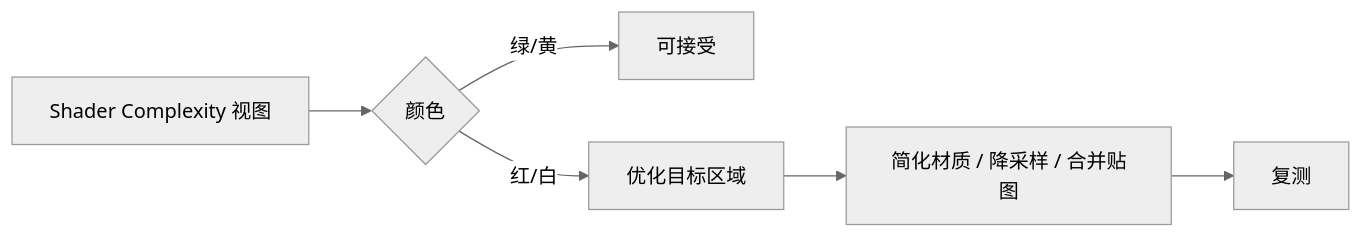
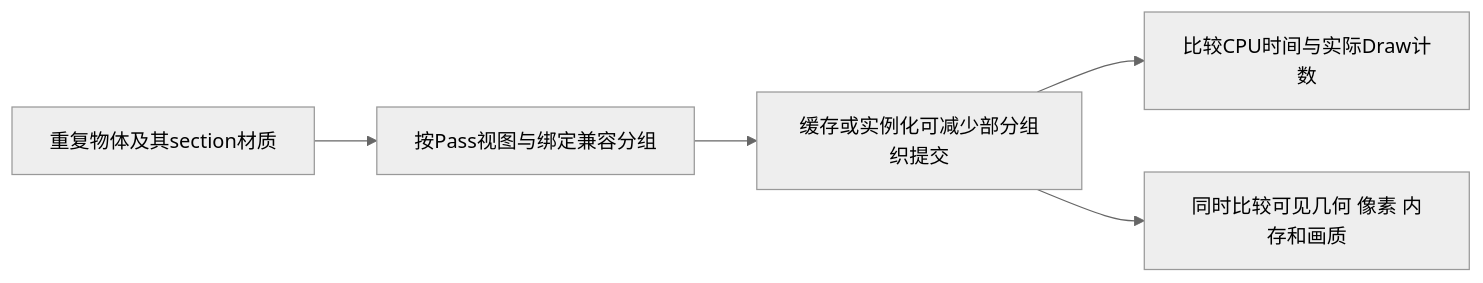
The second of 6 diagrams in 知识/08-工程实践与质量/调试与性能分析/04-渲染与加载性能优化.md (fantuan812/learning), drawn with Mermaid (neutral theme) before and after one commit. The commit also changed other lines of this file and 1 other file, not shown here.

````diff
--- a/知识/08-工程实践与质量/调试与性能分析/04-渲染与加载性能优化.md
+++ b/知识/08-工程实践与质量/调试与性能分析/04-渲染与加载性能优化.md
@@ -133,8 +74,7 @@
 ```mermaid
 flowchart LR
-    A[Shader Complexity 视图] --> B{颜色}
-    B -->|绿/黄| C[可接受]
-    B -->|红/白| D[优化目标区域]
-    D --> E[简化材质 / 降采样 / 合并贴图]
-    E --> F[复测]
+    A[重复物体及其section材质] --> B[按Pass视图与绑定兼容分组]
+    B --> C[缓存或实例化可减少部分组织提交]
+    C --> D[比较CPU时间与实际Draw计数]
+    C --> E[同时比较可见几何 像素 内存和画质]
 ```
````
